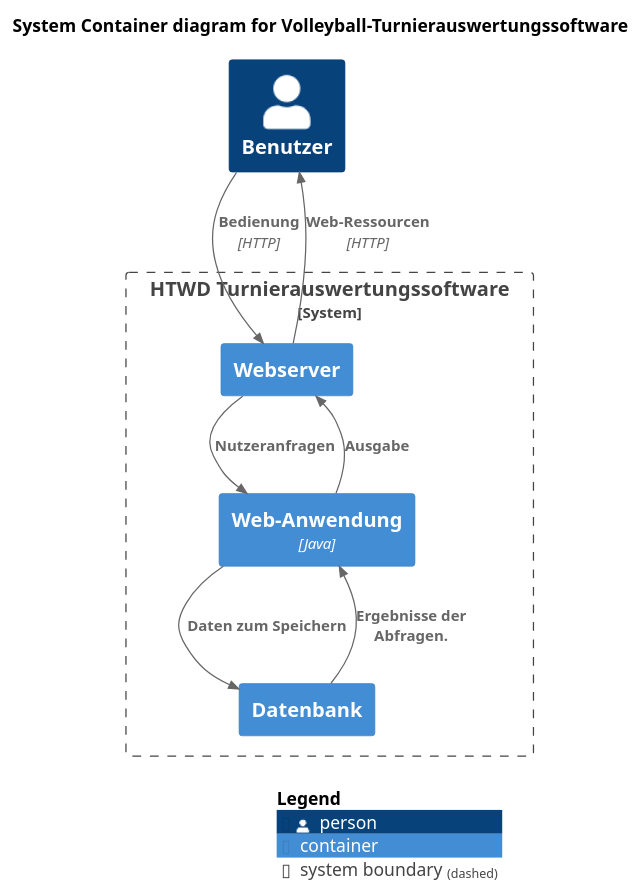
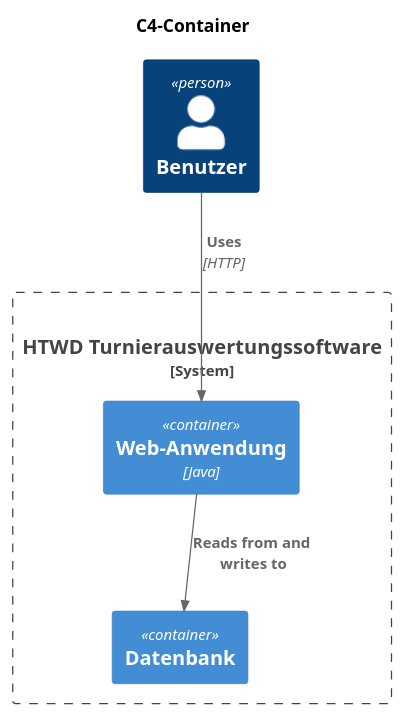
Before and after one commit to max-htw/htwd-turnierauswertungssoftware: the diagram in docs/architecture/plantuml/an_c4_container.puml, drawn with PlantUML. The commit also changed 7 other files, not shown here.

Commit message:
C4-Diagramme

```diff
--- a/docs/architecture/plantuml/an_c4_container.puml
+++ b/docs/architecture/plantuml/an_c4_container.puml
@@ -1,26 +1,18 @@
 @startuml
 !include C4_Context.puml
 !include C4_Container.puml
 
-LAYOUT_WITH_LEGEND()
-
-title System Container diagram for Volleyball-Turnierauswertungssoftware
+title C4-Container
 
 Person(benutzer, "Benutzer")
 
 
 System_Boundary(turnierauswertungssoftware, "HTWD Turnierauswertungssoftware", "Automatisiert die Plannung, Erfassung und Auswertung eines Volleyball-Turniers."){
-  Container(webserver, "Webserver")
   Container(web_app, "Web-Anwendung","Java")
   Container(database, "Datenbank")
 }
 
-Rel_D(benutzer, webserver, "Bedienung", "HTTP")
-Rel_D(webserver, benutzer, "Web-Ressourcen","HTTP")
-Rel_D(webserver, web_app, "Nutzeranfragen")
-Rel_D(web_app, webserver, "Ausgabe")
-Rel_D(web_app, database, "Daten zum Speichern")
-Rel_D(database, web_app, "Ergebnisse der Abfragen.")
+Rel_D(benutzer, web_app, "Uses", "HTTP")
+Rel_D(web_app, database, "Reads from and\n writes to")
 
-SHOW_LEGEND()
 @enduml
```
